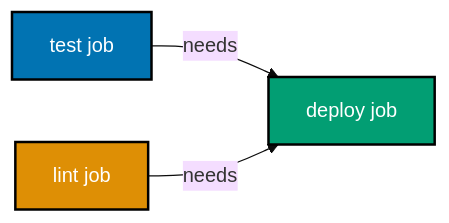
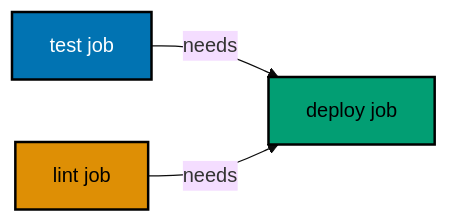
One commit to wahidyankf/ose-public changed the seventh of 8 diagrams in apps/ayokoding-www/content/en/learn/legacy/software-engineering/automation-tools/github-actions/by-example/beginner.md. Above: the diagram before and after it, drawn with Mermaid (base theme). The commit also changed other lines of this file and 131 other files, not shown here.

First line of the commit message:
fix(mermaid): bring the legacy data, infrastructure, and testing diagrams onto the accessible palette

````diff
--- a/apps/ayokoding-www/content/en/learn/legacy/software-engineering/automation-tools/github-actions/by-example/beginner.md
+++ b/apps/ayokoding-www/content/en/learn/legacy/software-engineering/automation-tools/github-actions/by-example/beginner.md
@@ -1249,9 +1267,12 @@
 ```mermaid
 graph LR
+    accTitle: Example 24: Sequential Jobs with needs
+    accDescr: Graph with 3 nodes and 2 connections. Nodes: test job, deploy job, lint job. Connections: test job to deploy job (needs), lint job to deploy job (needs).
     A["test job"]:::blue -->|needs| C["deploy job"]:::teal
     B["lint job"]:::orange -->|needs| C
 
-    classDef blue fill:#0173B2,stroke:#000,color:#fff,stroke-width:2px
-    classDef orange fill:#DE8F05,stroke:#000,color:#fff,stroke-width:2px
-    classDef teal fill:#029E73,stroke:#000,color:#fff,stroke-width:2px
+    classDef blue fill:#0173B2,stroke:#000000,color:#FFFFFF,stroke-width:2px
+    classDef orange fill:#DE8F05,stroke:#000000,color:#000000,stroke-width:2px
+    classDef teal fill:#029E73,stroke:#000000,color:#000000,stroke-width:2px
+    classDef default fill:#FFFFFF,stroke:#000000,color:#000000
 ```
````
